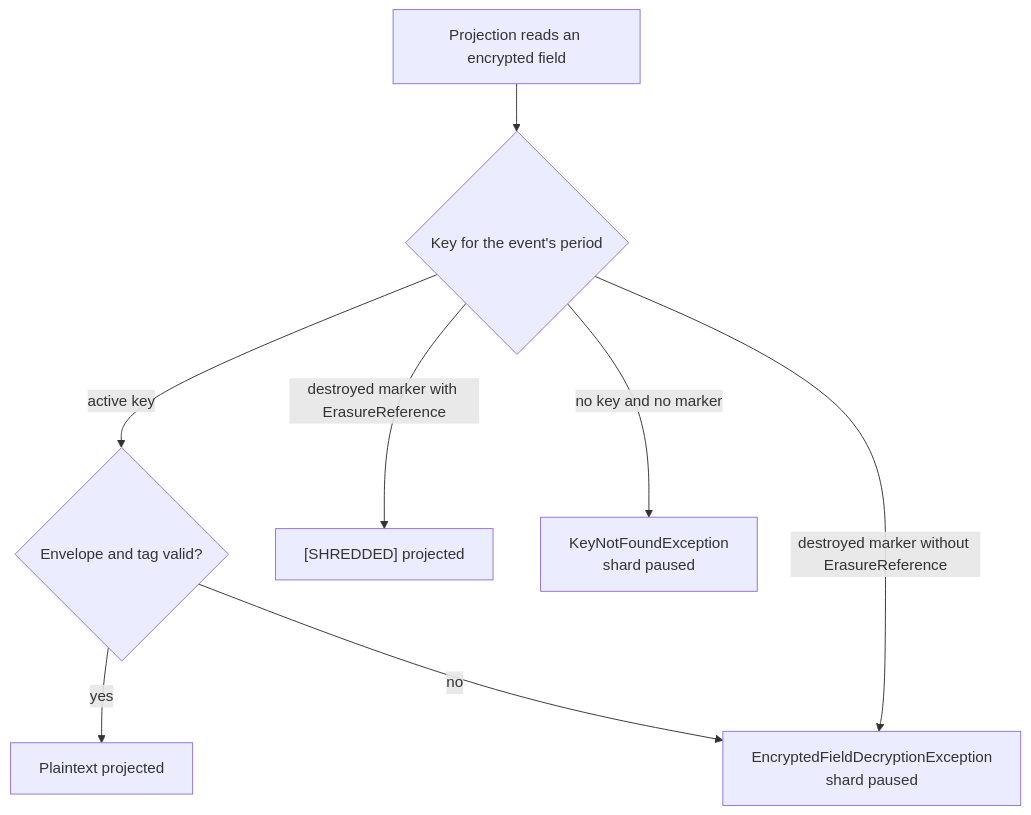
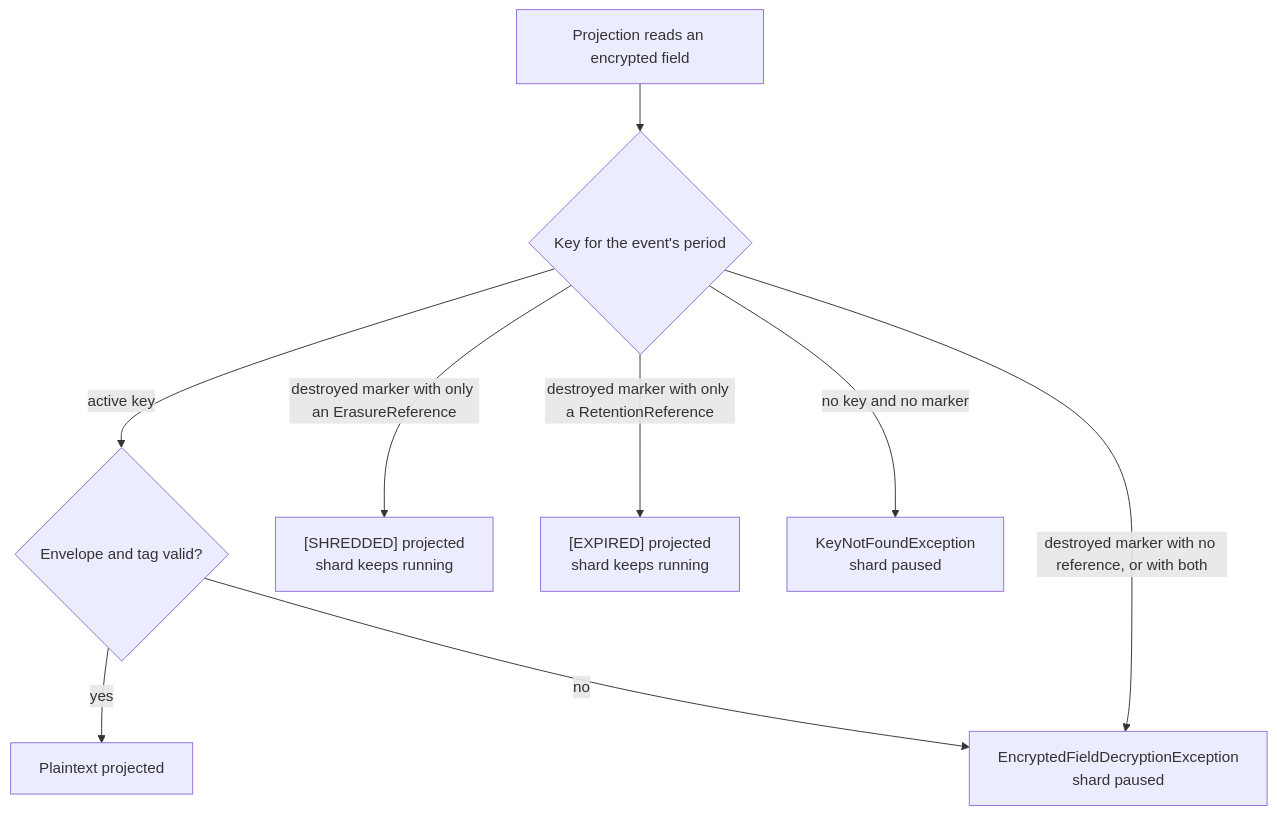
One commit to dlrivada/Encina changed the second of 2 diagrams in docs/features/audit-marten.md. Above: the diagram before and after it, drawn with Mermaid. The commit also changed other lines of this file and 2 other files, not shown here.

First line of the commit message:
docs(audit-marten): document retention reference and [EXPIRED] projection (#2770)

````diff
--- a/docs/features/audit-marten.md
+++ b/docs/features/audit-marten.md
@@ -126,10 +132,11 @@
 ```mermaid
 flowchart TD
     A["Projection reads an encrypted field"] --> B{"Key for the event's period"}
     B -- "active key" --> C{"Envelope and tag valid?"}
     C -- "yes" --> D["Plaintext projected"]
     C -- "no" --> F["EncryptedFieldDecryptionException<br/>shard paused"]
-    B -- "destroyed marker with ErasureReference" --> E["[SHREDDED] projected"]
-    B -- "destroyed marker without ErasureReference" --> F
+    B -- "destroyed marker with only an ErasureReference" --> E["[SHREDDED] projected<br/>shard keeps running"]
+    B -- "destroyed marker with only a RetentionReference" --> H["[EXPIRED] projected<br/>shard keeps running"]
+    B -- "destroyed marker with no reference, or with both" --> F
     B -- "no key and no marker" --> G["KeyNotFoundException<br/>shard paused"]
 ```
````
